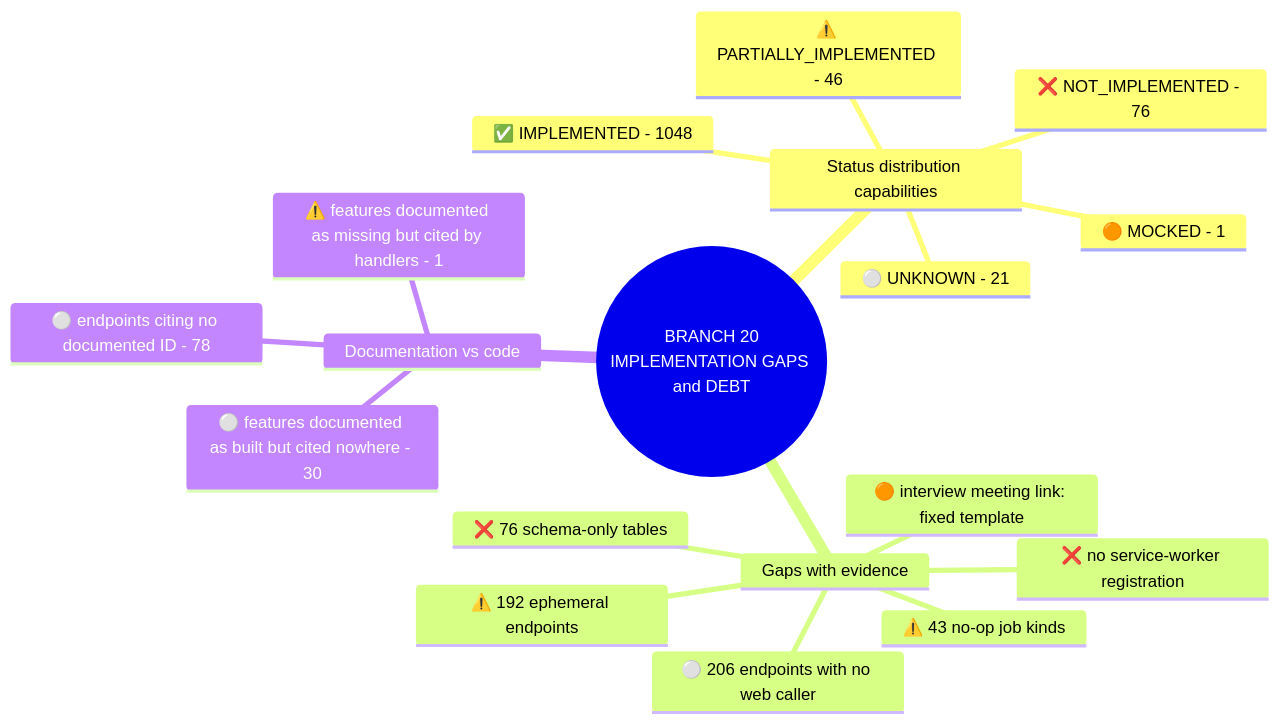
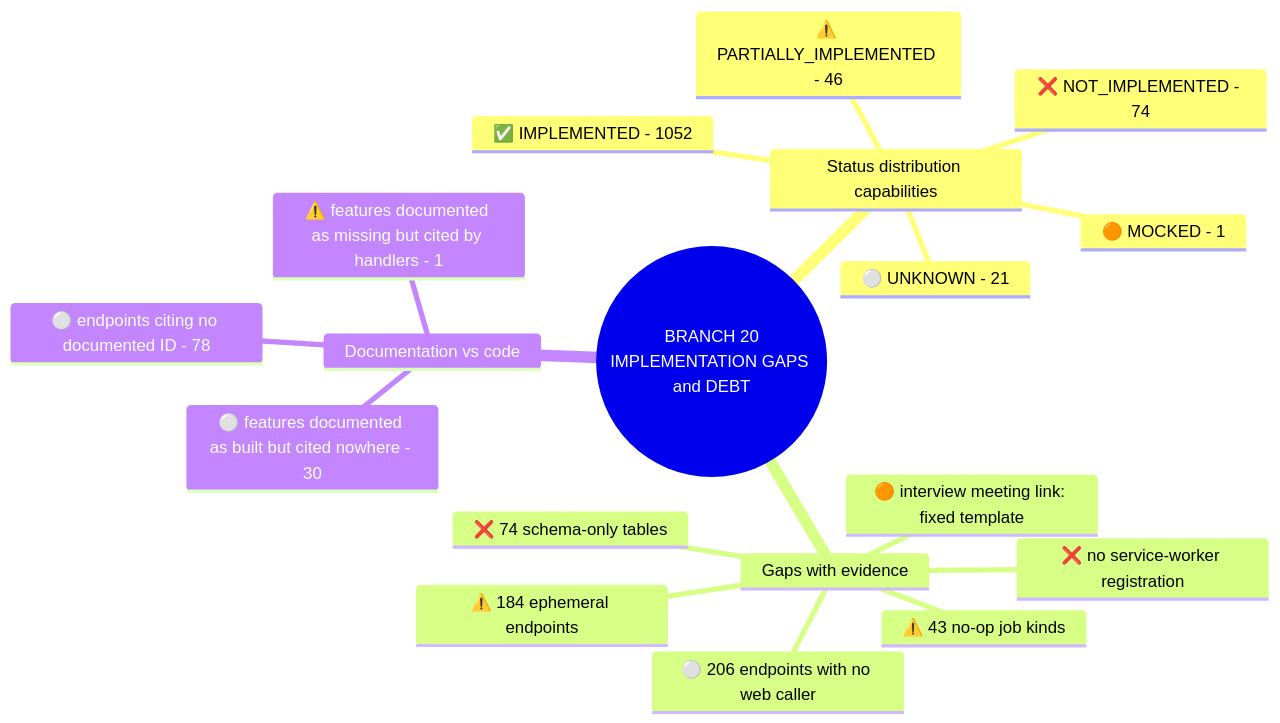
Diagram 22 of 22 in project-mindmap/master/MASTER_PROJECT_DIAGRAMS.md (yhsomani/talentsphere-complete), drawn with Mermaid before and after one commit. The commit also changed other lines of this file and 171 other files, not shown here.

First line of the commit message:
docs(mindmap): feature catalog to nano level and graph views

````diff
--- a/project-mindmap/master/MASTER_PROJECT_DIAGRAMS.md
+++ b/project-mindmap/master/MASTER_PROJECT_DIAGRAMS.md
@@ -598,21 +598,21 @@
 ```mermaid
 mindmap
   root(("BRANCH 20<br/>IMPLEMENTATION GAPS and DEBT"))
     Status distribution capabilities
-      ✅ IMPLEMENTED - 1048
-      ❌ NOT_IMPLEMENTED - 76
+      ✅ IMPLEMENTED - 1052
+      ❌ NOT_IMPLEMENTED - 74
       ⚠️ PARTIALLY_IMPLEMENTED - 46
       ⚪ UNKNOWN - 21
       🟠 MOCKED - 1
     Gaps with evidence
-      ⚠️ 192 ephemeral endpoints
-      ❌ 76 schema-only tables
+      ⚠️ 184 ephemeral endpoints
+      ❌ 74 schema-only tables
       ⚪ 206 endpoints with no web caller
       ⚠️ 43 no-op job kinds
       🟠 interview meeting link: fixed template
       ❌ no service-worker registration
     Documentation vs code
       ⚪ features documented as built but cited nowhere - 30
       ⚠️ features documented as missing but cited by handlers - 1
       ⚪ endpoints citing no documented ID - 78
 ```
````
